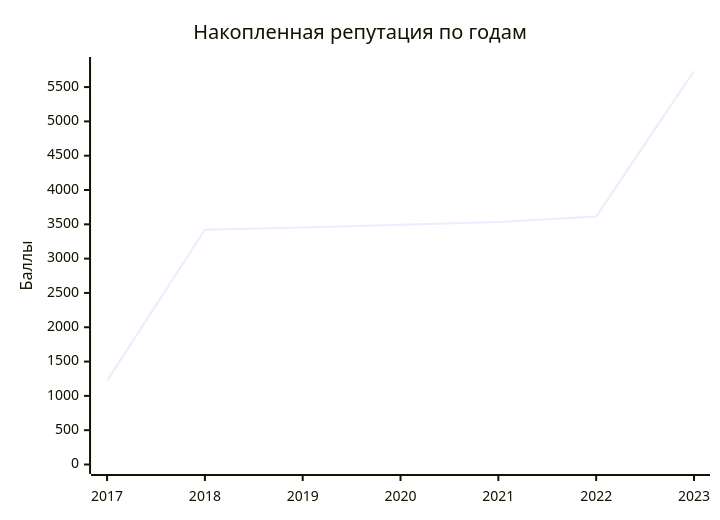
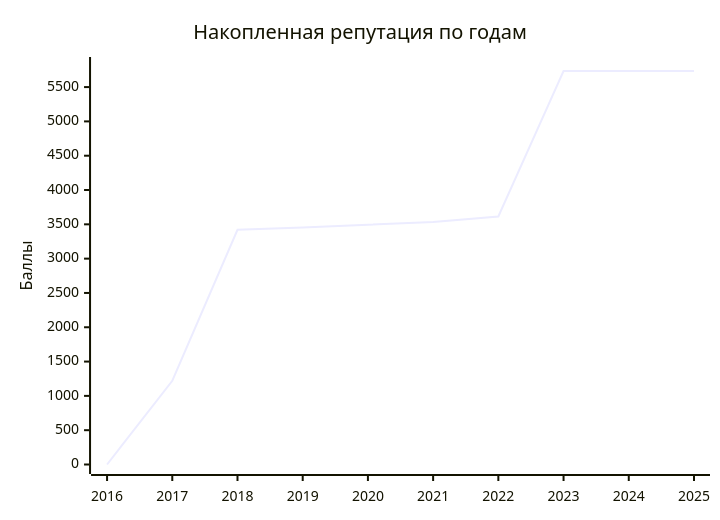
One commit to Goodzonchik/Goodzonchik changed the second of 3 diagrams in README.md. Above: the diagram before and after it, drawn with Mermaid. The commit also changed other lines of this file, not shown here.

````diff
--- a/README.md
+++ b/README.md
@@ -35,7 +37,7 @@
 ```mermaid
 xychart-beta
     title "Накопленная репутация по годам"
-    x-axis ["2017", "2018", "2019", "2020", "2021", "2022", "2023"]
+    x-axis ["2016", "2017", "2018", "2019", "2020", "2021", "2022", "2023", "2024", "2025"]
     y-axis "Баллы" 0 --> 5800
-    line [1220, 3420, 3455, 3495, 3535, 3615, 5733]
+    line [0, 1220, 3420, 3455, 3495, 3535, 3615, 5733, 5733, 5733]
 ```
````
